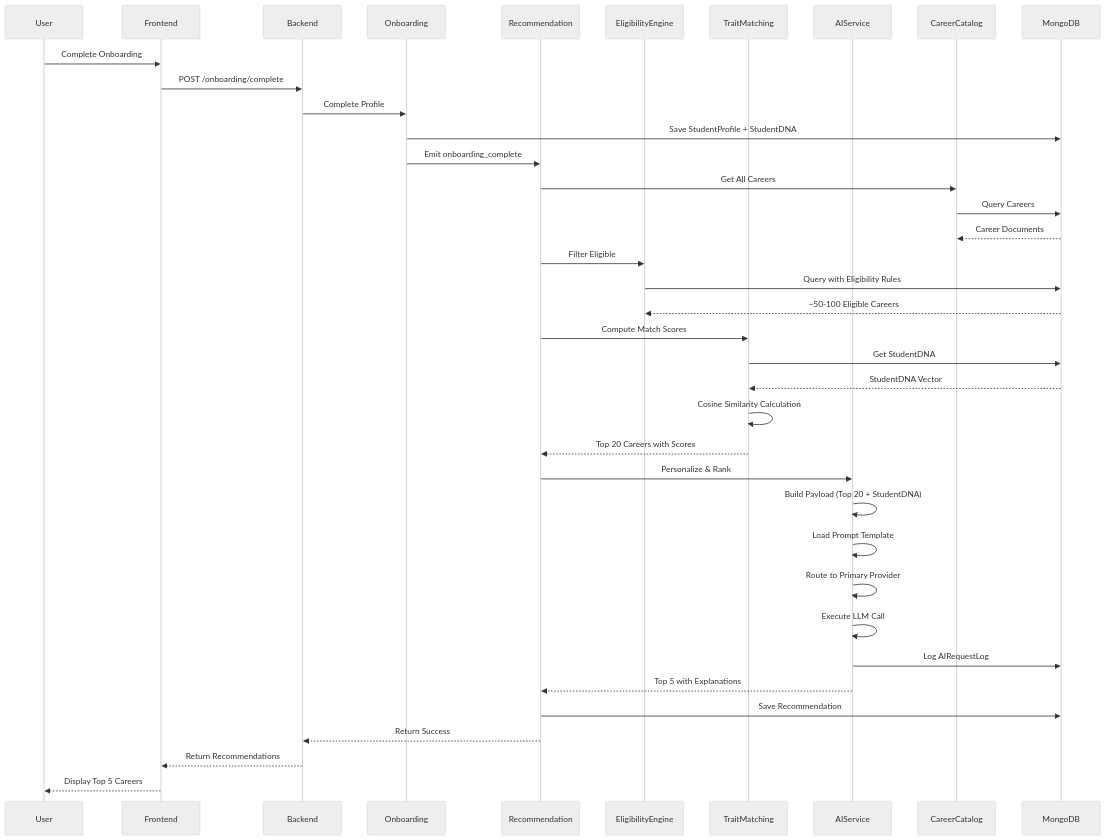
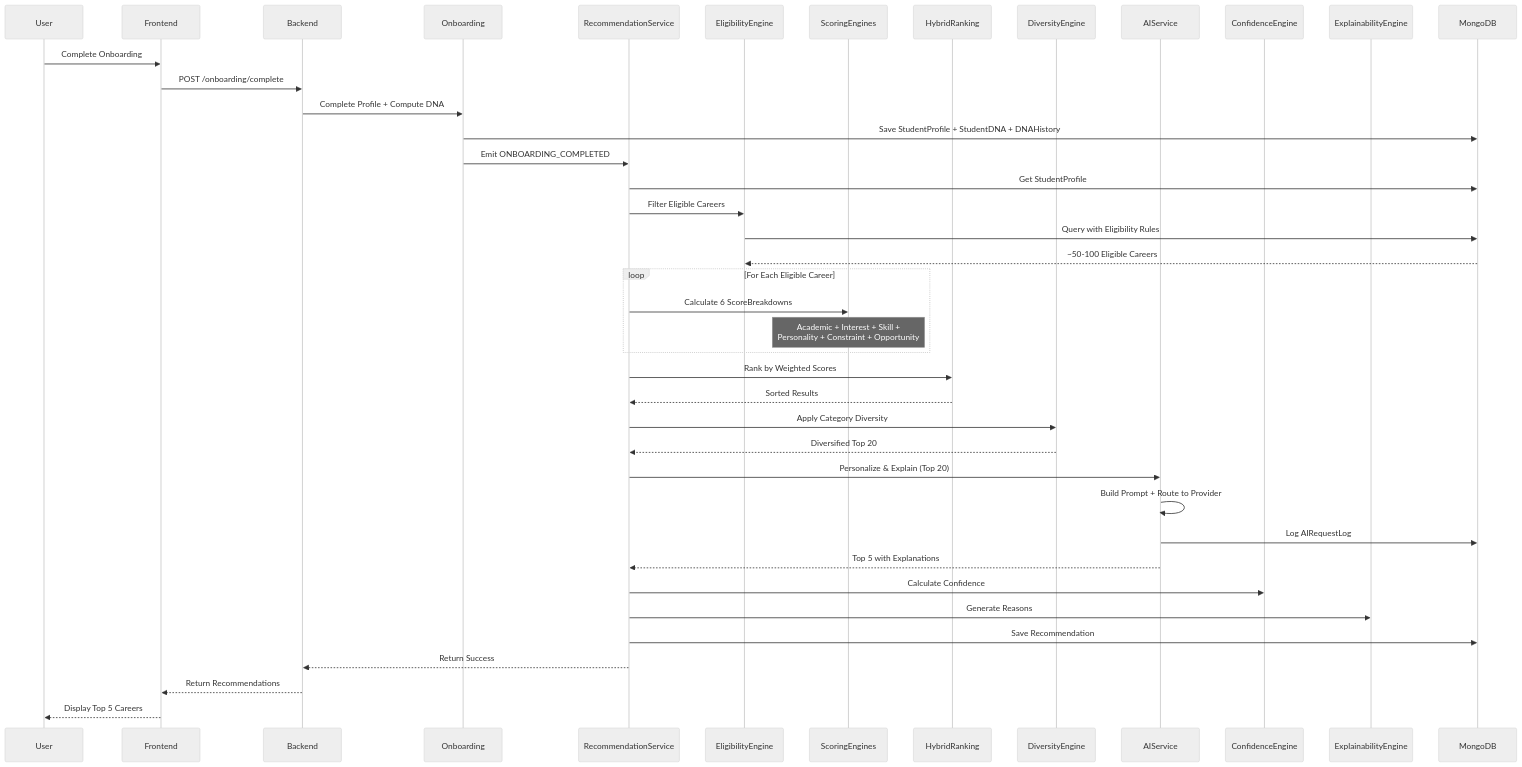
Before and after one commit to Vihangpatil37/BHENCHOD: the ninth of 23 diagrams in PROJECT_ANALYSIS.md, drawn with Mermaid (neutral theme). The commit also changed other lines of this file and 6 other files, not shown here.

````diff
--- a/PROJECT_ANALYSIS.md
+++ b/PROJECT_ANALYSIS.md
@@ -488,46 +537,51 @@
 ```mermaid
 sequenceDiagram
     participant User
     participant Frontend
     participant Backend
     participant Onboarding
-    participant Recommendation
+    participant RecommendationService
     participant EligibilityEngine
-    participant TraitMatching
+    participant ScoringEngines
+    participant HybridRanking
+    participant DiversityEngine
     participant AIService
-    participant CareerCatalog
+    participant ConfidenceEngine
+    participant ExplainabilityEngine
     participant MongoDB
 
     User->>Frontend: Complete Onboarding
     Frontend->>Backend: POST /onboarding/complete
-    Backend->>Onboarding: Complete Profile
-    Onboarding->>MongoDB: Save StudentProfile + StudentDNA
-    Onboarding->>Recommendation: Emit onboarding_complete
+    Backend->>Onboarding: Complete Profile + Compute DNA
+    Onboarding->>MongoDB: Save StudentProfile + StudentDNA + DNAHistory
+    Onboarding->>RecommendationService: Emit ONBOARDING_COMPLETED
 
-    Recommendation->>CareerCatalog: Get All Careers
-    CareerCatalog->>MongoDB: Query Careers
-    MongoDB-->>CareerCatalog: Career Documents
-
-    Recommendation->>EligibilityEngine: Filter Eligible
+    RecommendationService->>MongoDB: Get StudentProfile
+    RecommendationService->>EligibilityEngine: Filter Eligible Careers
     EligibilityEngine->>MongoDB: Query with Eligibility Rules
     MongoDB-->>EligibilityEngine: ~50-100 Eligible Careers
 
-    Recommendation->>TraitMatching: Compute Match Scores
-    TraitMatching->>MongoDB: Get StudentDNA
-    MongoDB-->>TraitMatching: StudentDNA Vector
-    TraitMatching->>TraitMatching: Cosine Similarity Calculation
-    TraitMatching-->>Recommendation: Top 20 Careers with Scores
+    loop For Each Eligible Career
+        RecommendationService->>ScoringEngines: Calculate 6 ScoreBreakdowns
+        Note over ScoringEngines: Academic + Interest + Skill +<br/>Personality + Constraint + Opportunity
+    end
 
-    Recommendation->>AIService: Personalize & Rank
-    AIService->>AIService: Build Payload (Top 20 + StudentDNA)
-    AIService->>AIService: Load Prompt Template
-    AIService->>AIService: Route to Primary Provider
-    AIService->>AIService: Execute LLM Call
+    RecommendationService->>HybridRanking: Rank by Weighted Scores
+    HybridRanking-->>RecommendationService: Sorted Results
+
+    RecommendationService->>DiversityEngine: Apply Category Diversity
+    DiversityEngine-->>RecommendationService: Diversified Top 20
+
+    RecommendationService->>AIService: Personalize & Explain (Top 20)
+    AIService->>AIService: Build Prompt + Route to Provider
     AIService->>MongoDB: Log AIRequestLog
-    AIService-->>Recommendation: Top 5 with Explanations
+    AIService-->>RecommendationService: Top 5 with Explanations
 
-    Recommendation->>MongoDB: Save Recommendation
-    Recommendation-->>Backend: Return Success
+    RecommendationService->>ConfidenceEngine: Calculate Confidence
+    RecommendationService->>ExplainabilityEngine: Generate Reasons
+
+    RecommendationService->>MongoDB: Save Recommendation
+    RecommendationService-->>Backend: Return Success
     Backend-->>Frontend: Return Recommendations
     Frontend-->>User: Display Top 5 Careers
 ```
````
